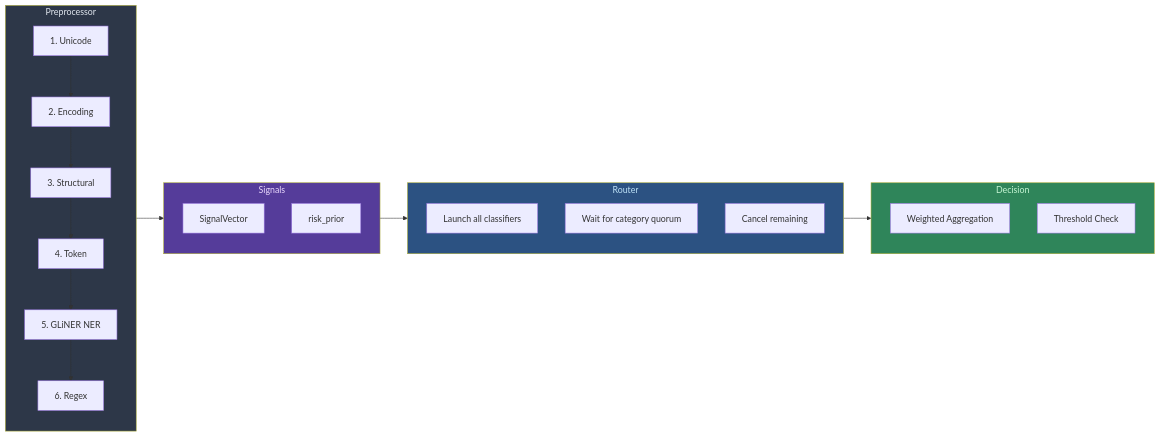
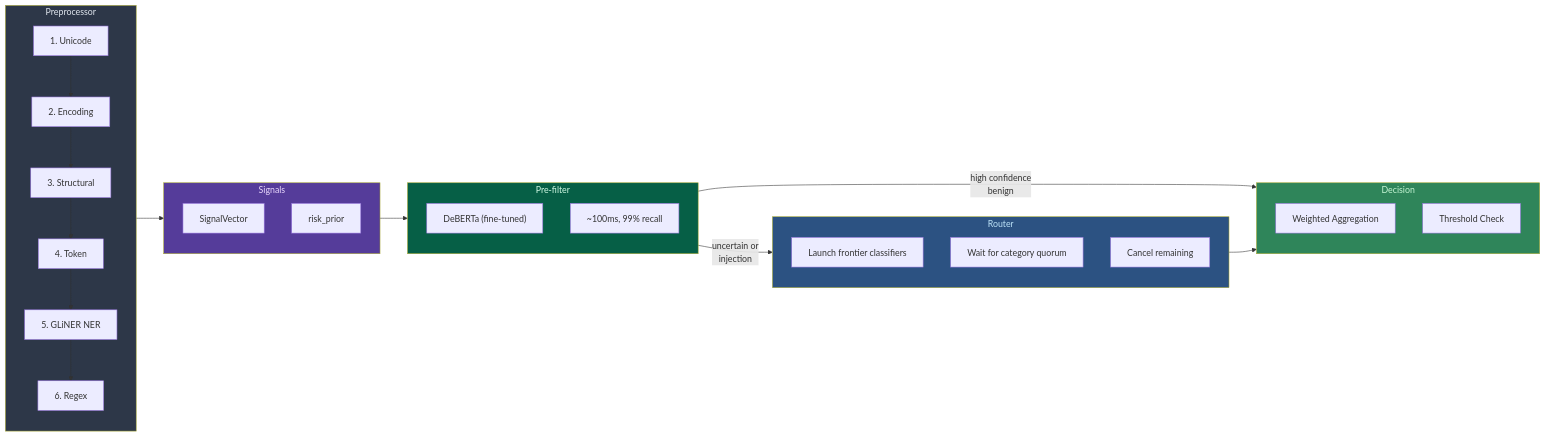
Before and after one commit to prashantkul/injection-guard: the second of 2 diagrams in README.md, drawn with Mermaid. The commit also changed other lines of this file and 2 other files, not shown here.

First line of the commit message:
docs: Add fine-tuning guides and update architecture with recommended ensemble strategy

````diff
--- a/README.md
+++ b/README.md
@@ -66,39 +75,48 @@
 ```mermaid
 flowchart LR
   subgraph Preprocessor
     direction TB
     P1["1. Unicode"] --> P2["2. Encoding"]
     P2 --> P3["3. Structural"]
     P3 --> P4["4. Token"]
     P4 --> P5["5. GLiNER NER"]
     P5 --> P6["6. Regex"]
   end
 
   subgraph Signals
     direction TB
     SV["SignalVector"]
     RP["risk_prior"]
   end
 
+  subgraph Pre-filter
+    direction TB
+    HF["DeBERTa (fine-tuned)"]
+    HF2["~100ms, 99% recall"]
+  end
+
   subgraph Router
     direction TB
-    R1["Launch all classifiers"]
+    R1["Launch frontier classifiers"]
     R2["Wait for category quorum"]
     R3["Cancel remaining"]
   end
 
   subgraph Decision
     direction TB
     AG["Weighted Aggregation"]
     TH["Threshold Check"]
   end
 
   Preprocessor --> Signals
-  Signals --> Router
+  Signals --> Pre-filter
+  Pre-filter -->|"high confidence\nbenign"| Decision
+  Pre-filter -->|"uncertain or\ninjection"| Router
   Router --> Decision
 
   style Preprocessor fill:#2d3748,color:#e2e8f0
   style Signals fill:#553c9a,color:#e9d8fd
+  style Pre-filter fill:#065f46,color:#d1fae5
   style Router fill:#2c5282,color:#bee3f8
   style Decision fill:#2f855a,color:#c6f6d5
 ```
````
